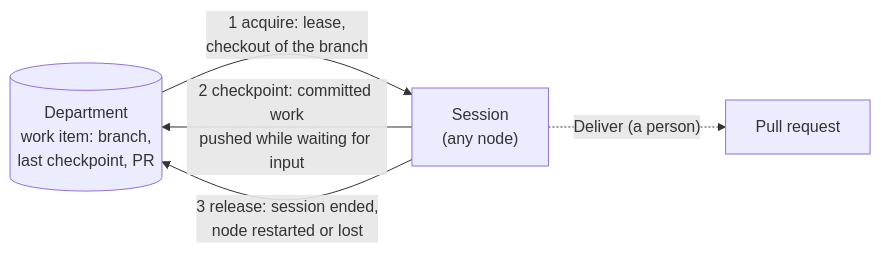
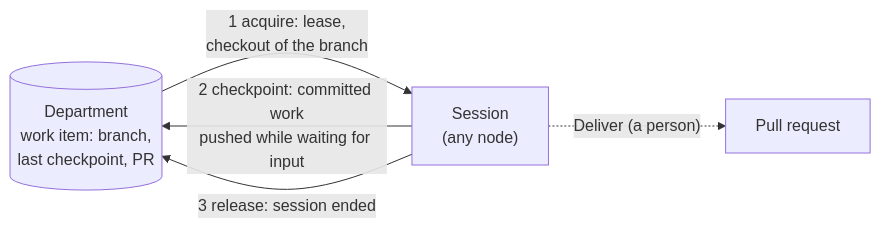
One commit to Jaelse/agentcore changed the eighth of 12 diagrams in docs/MULTI_AGENT.md. Above: the diagram before and after it, drawn with Mermaid. The commit also changed other lines of this file and 52 other files, not shown here.

````diff
--- a/docs/MULTI_AGENT.md
+++ b/docs/MULTI_AGENT.md
@@ -486,7 +486,7 @@
 ```mermaid
 flowchart LR
     D[("Department<br/>work item: branch,<br/>last checkpoint, PR")] -- "1 acquire: lease,<br/>checkout of the branch" --> S["Session<br/>(any node)"]
     S -- "2 checkpoint: committed work<br/>pushed while waiting for input" --> D
-    S -- "3 release: session ended,<br/>node restarted or lost" --> D
+    S -- "3 release: session ended" --> D
     S -. "Deliver (a person)" .-> PR["Pull request"]
 ```
````
